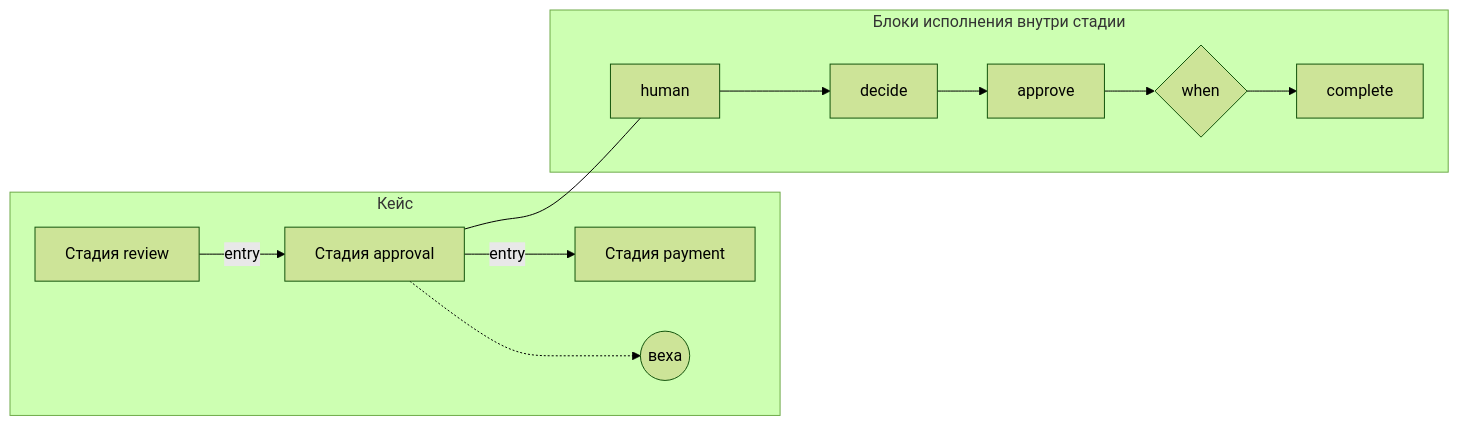
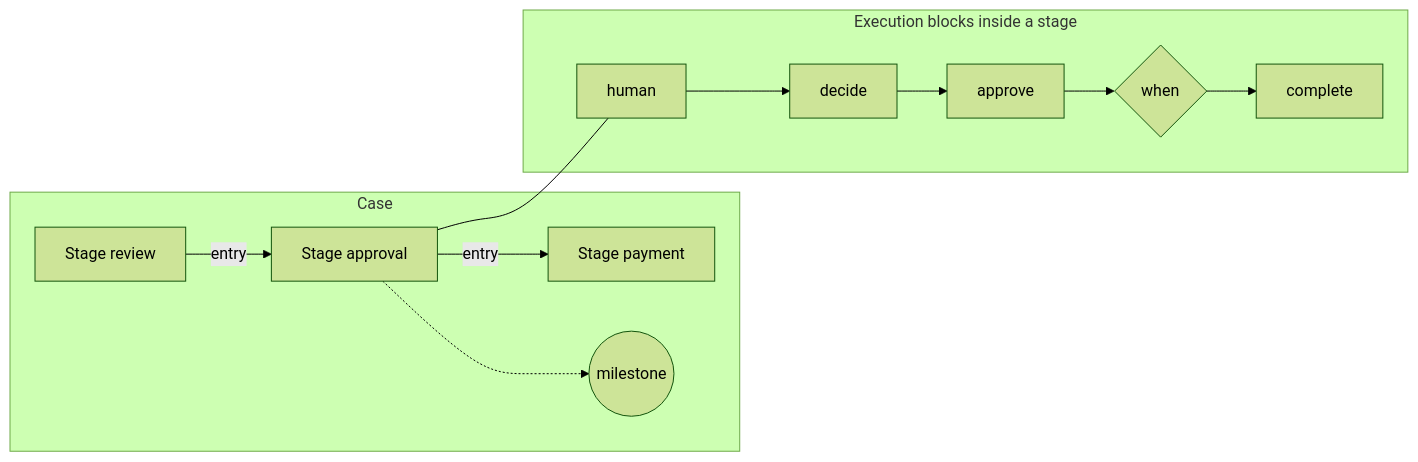
One commit to monthu56/taimen changed the diagram in guide/docs/processes/index.md. Above: the diagram before and after it, drawn with Mermaid (forest theme). The commit also changed other lines of this file and 183 other files, not shown here.

````diff
--- a/guide/docs/processes/index.md
+++ b/guide/docs/processes/index.md
@@ -83,12 +89,12 @@
 ```mermaid
 flowchart LR
-    subgraph Кейс
-      S1[Стадия review] -->|entry| S2[Стадия approval]
-      S2 -->|entry| S3[Стадия payment]
-      S2 -.-> M1((веха))
+    subgraph Case
+      S1[Stage review] -->|entry| S2[Stage approval]
+      S2 -->|entry| S3[Stage payment]
+      S2 -.-> M1((milestone))
     end
-    subgraph "Блоки исполнения внутри стадии"
+    subgraph "Execution blocks inside a stage"
       B1[human] --> B2[decide] --> B3[approve] --> B4{when} --> B5[complete]
     end
     S2 --- B1
 ```
````
